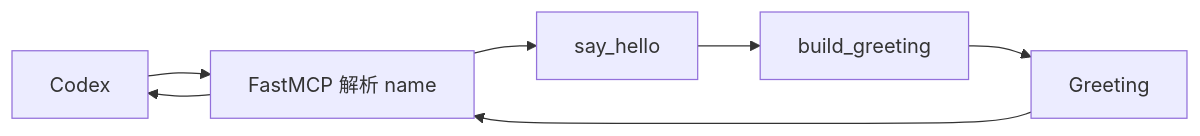
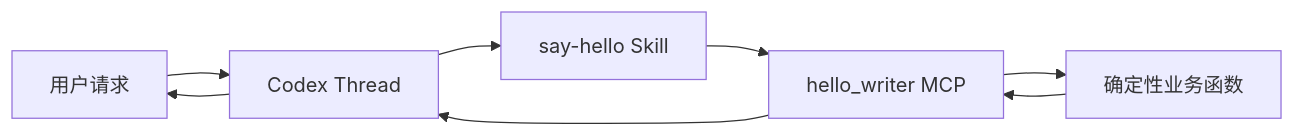
The diagram in docs/tutorials/hello-agent-quickstart.md (JO-WTF/open-web-codex), drawn with Mermaid before and after one commit. The commit also changed other lines of this file and 5 other files, not shown here.

````diff
--- a/docs/tutorials/hello-agent-quickstart.md
+++ b/docs/tutorials/hello-agent-quickstart.md
@@ -423,9 +99,10 @@
 ```mermaid
 flowchart LR
-    C["Codex"] --> F["FastMCP 解析 name"]
-    F --> T["say_hello"]
-    T --> B["build_greeting"]
-    B --> G["Greeting"]
-    G --> F
-    F --> C
+    U["用户请求"] --> T["Codex Thread"]
+    T --> S["say-hello Skill"]
+    S --> M["hello_writer MCP"]
+    M --> C["确定性业务函数"]
+    C --> M
+    M --> T
+    T --> U
 ```
````
